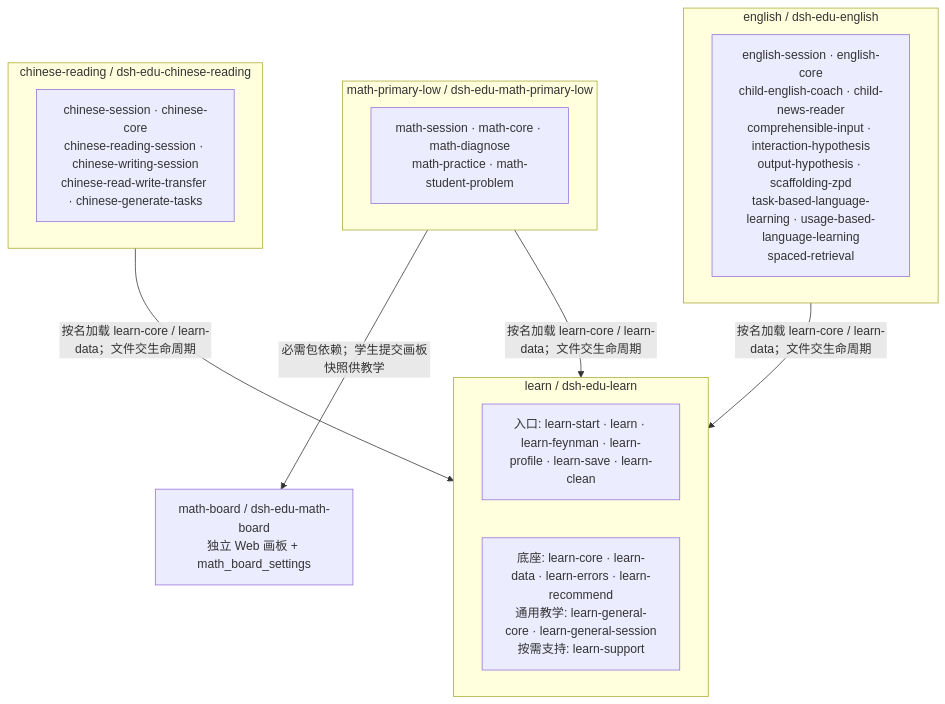
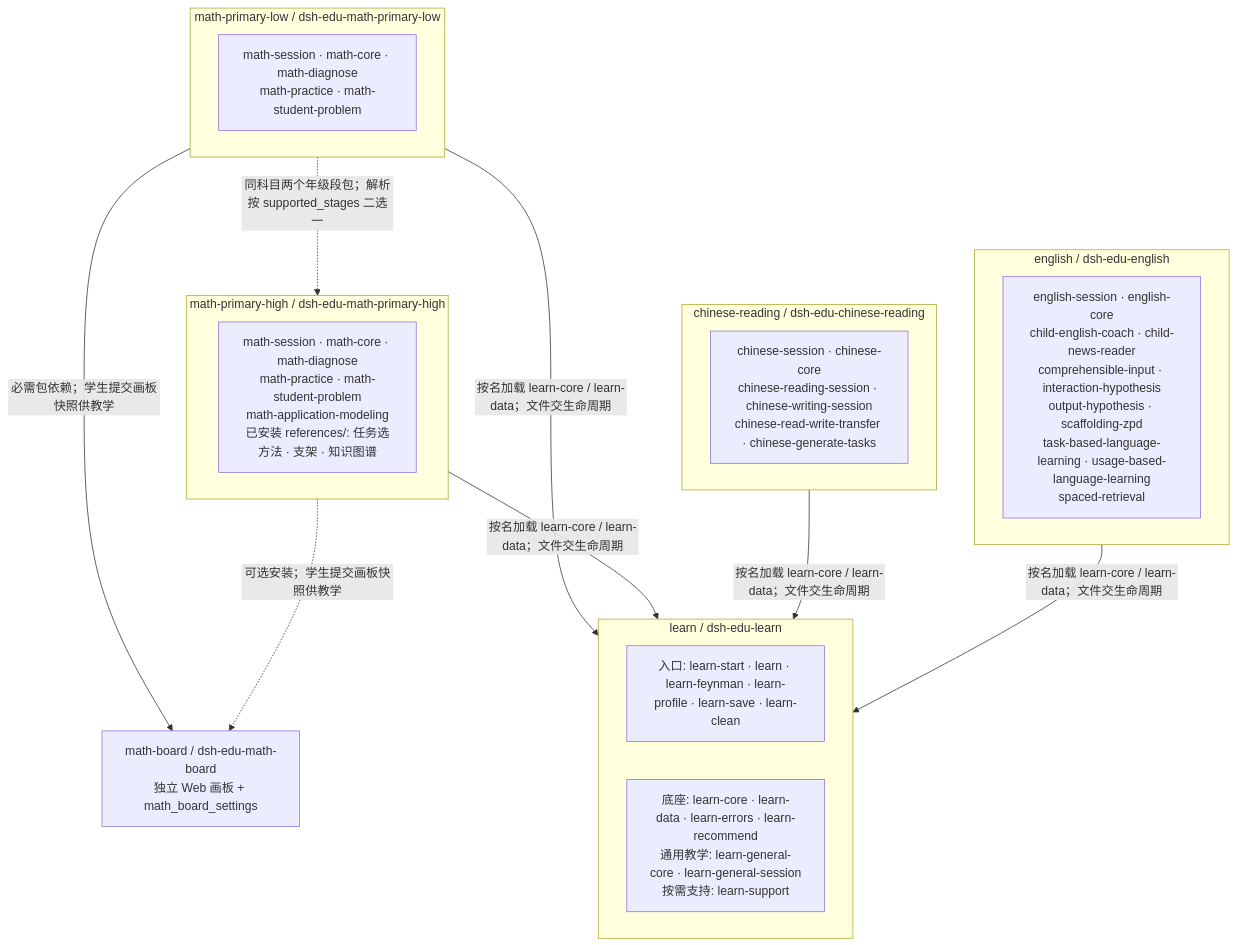
Before and after one commit to gengyabc/baicai-edu: the first of 20 diagrams in docs/skill-map/call-graph.md, drawn with Mermaid. The commit also changed other lines of this file and 82 other files, not shown here.

First line of the commit message:
Ship math-primary-high as an installable grade 4–6 band package.

````diff
--- a/docs/skill-map/call-graph.md
+++ b/docs/skill-map/call-graph.md
@@ -10,25 +12,32 @@
 ```mermaid
 flowchart TB
   subgraph learn_pkg["learn / dsh-edu-learn"]
     L_entries["入口: learn-start · learn · learn-feynman · learn-profile · learn-save · learn-clean"]
     L_shared["底座: learn-core · learn-data · learn-errors · learn-recommend<br/>通用教学: learn-general-core · learn-general-session<br/>按需支持: learn-support"]
   end
 
-  subgraph math_pkg["math-primary-low / dsh-edu-math-primary-low"]
-    M["math-session · math-core · math-diagnose<br/>math-practice · math-student-problem"]
+  subgraph math_low_pkg["math-primary-low / dsh-edu-math-primary-low"]
+    ML["math-session · math-core · math-diagnose<br/>math-practice · math-student-problem"]
+  end
+
+  subgraph math_high_pkg["math-primary-high / dsh-edu-math-primary-high"]
+    MH["math-session · math-core · math-diagnose<br/>math-practice · math-student-problem<br/>math-application-modeling<br/>已安装 references/: 任务选方法 · 支架 · 知识图谱"]
   end
 
   subgraph chinese_pkg["chinese-reading / dsh-edu-chinese-reading"]
     C["chinese-session · chinese-core<br/>chinese-reading-session · chinese-writing-session<br/>chinese-read-write-transfer · chinese-generate-tasks"]
   end
 
   subgraph english_pkg["english / dsh-edu-english"]
     E["english-session · english-core<br/>child-english-coach · child-news-reader<br/>comprehensible-input · interaction-hypothesis<br/>output-hypothesis · scaffolding-zpd<br/>task-based-language-learning · usage-based-language-learning<br/>spaced-retrieval"]
   end
 
   MB["math-board / dsh-edu-math-board<br/>独立 Web 画板 + math_board_settings"]
-  math_pkg -->|必需包依赖；学生提交画板快照供教学| MB
-  math_pkg -->|按名加载 learn-core / learn-data；文件交生命周期| learn_pkg
+  math_low_pkg -->|必需包依赖；学生提交画板快照供教学| MB
+  math_high_pkg -.->|可选安装；学生提交画板快照供教学| MB
+  math_low_pkg -->|按名加载 learn-core / learn-data；文件交生命周期| learn_pkg
+  math_high_pkg -->|按名加载 learn-core / learn-data；文件交生命周期| learn_pkg
+  math_low_pkg -.->|同科目两个年级段包；解析按 supported_stages 二选一| math_high_pkg
   chinese_pkg -->|按名加载 learn-core / learn-data；文件交生命周期| learn_pkg
   english_pkg -->|按名加载 learn-core / learn-data；文件交生命周期| learn_pkg
 ```
````
